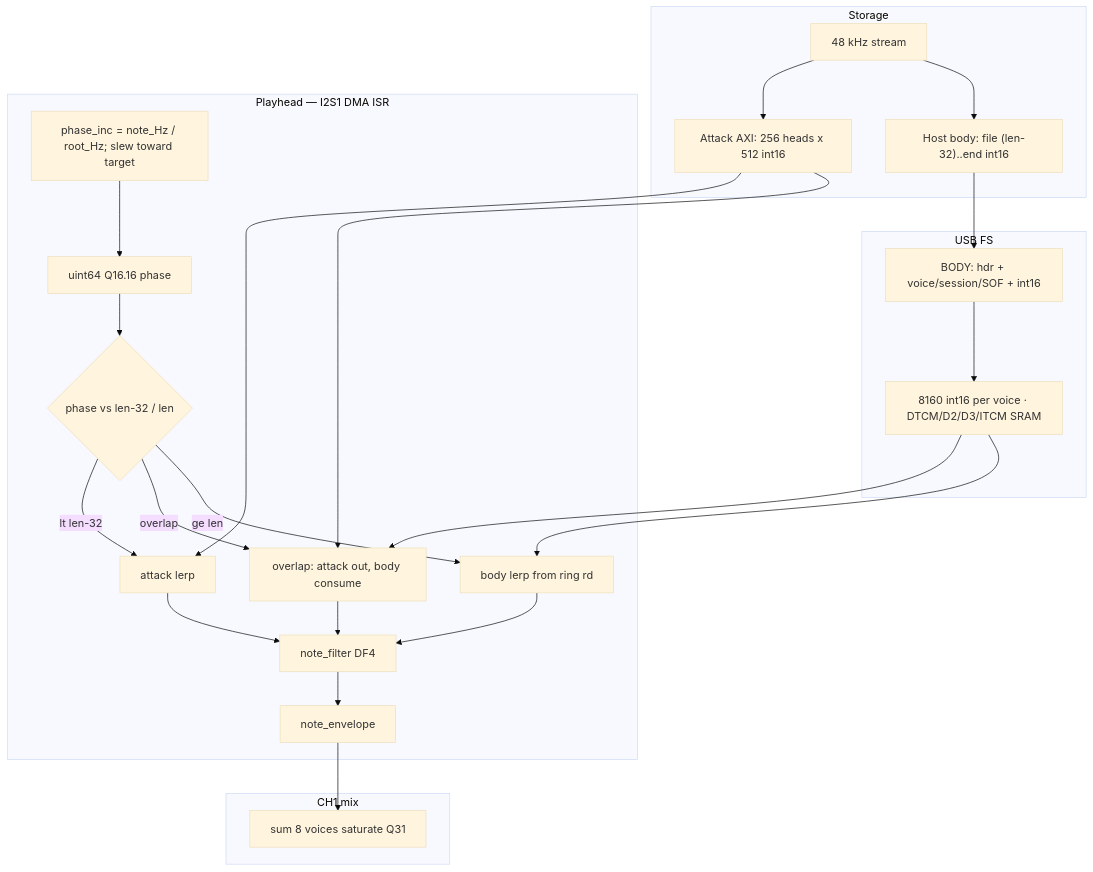
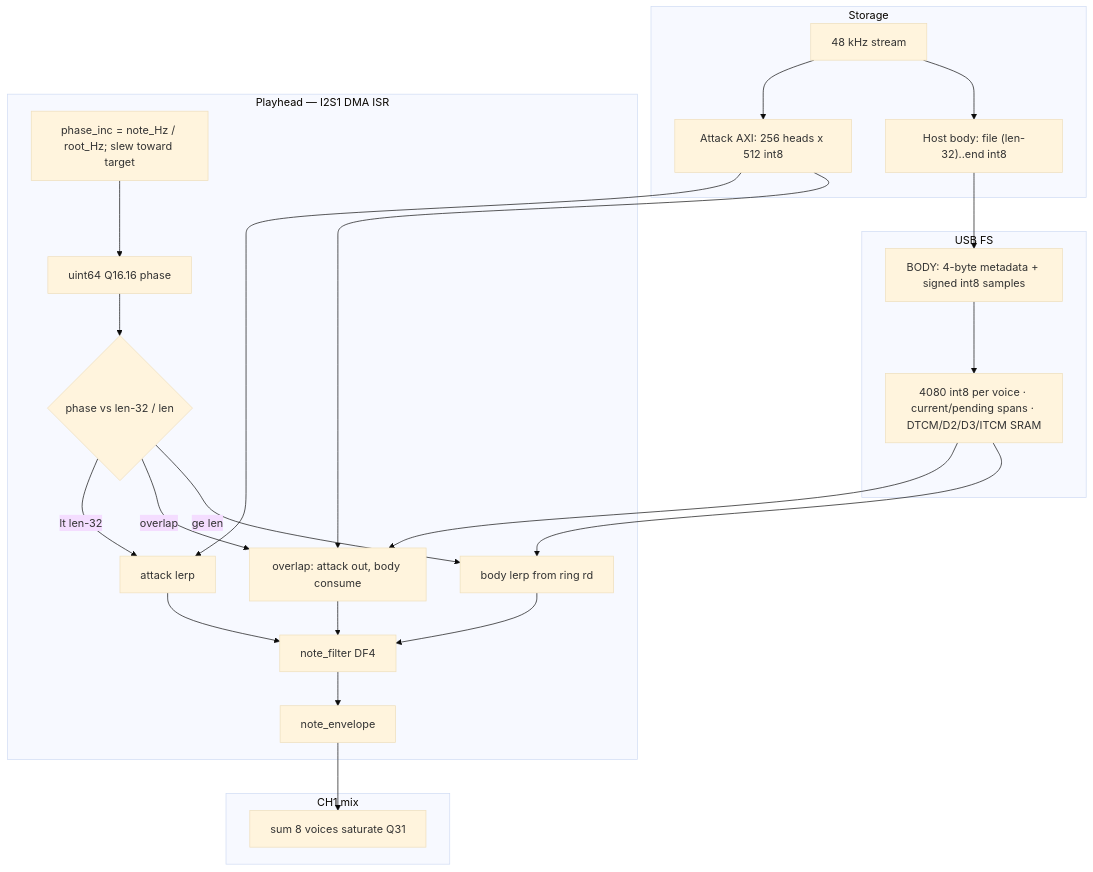
Before and after one commit to narendrabhatt-freshwater/firmware: the second of 5 diagrams in effect_card/docs/diagrams/card_data_flow.md, drawn with Mermaid (base theme). The commit also changed other lines of this file and 44 other files, not shown here.

````diff
--- a/effect_card/docs/diagrams/card_data_flow.md
+++ b/effect_card/docs/diagrams/card_data_flow.md
@@ -77,45 +77,45 @@
 ```mermaid
 flowchart TB
   subgraph store [Storage]
     File["48 kHz stream"]
-    Atk["Attack AXI: 256 heads x 512 int16"]
-    Body["Host body: file (len-32)..end int16"]
+    Atk["Attack AXI: 256 heads x 512 int8"]
+    Body["Host body: file (len-32)..end int8"]
     File --> Atk
     File --> Body
   end
 
   subgraph usb [USB FS]
-    Tag["BODY: hdr + voice/session/SOF + int16"]
-    Slots["8160 int16 per voice · DTCM/D2/D3/ITCM SRAM"]
+    Tag["BODY: 4-byte metadata + signed int8 samples"]
+    Slots["4080 int8 per voice · current/pending spans · DTCM/D2/D3/ITCM SRAM"]
     Body --> Tag --> Slots
   end
 
   subgraph play [Playhead — I2S1 DMA ISR]
     Ph["uint64 Q16.16 phase"]
     Inc["phase_inc = note_Hz / root_Hz; slew toward target"]
     Join{"phase vs len-32 / len"}
     AtkOnly["attack lerp"]
     Xfade["overlap: attack out, body consume"]
     BodyOnly["body lerp from ring rd"]
     Lpf["note_filter DF4"]
     Env["note_envelope"]
     Ph --> Join
     Inc --> Ph
     Atk --> AtkOnly
     Atk --> Xfade
     Slots --> Xfade
     Slots --> BodyOnly
     Join -->|lt len-32| AtkOnly
     Join -->|overlap| Xfade
     Join -->|ge len| BodyOnly
     AtkOnly --> Lpf
     Xfade --> Lpf
     BodyOnly --> Lpf
     Lpf --> Env
   end
 
   subgraph mix [CH1 mix]
     Sum["sum 8 voices saturate Q31"]
     Env --> Sum
   end
 ```
````
